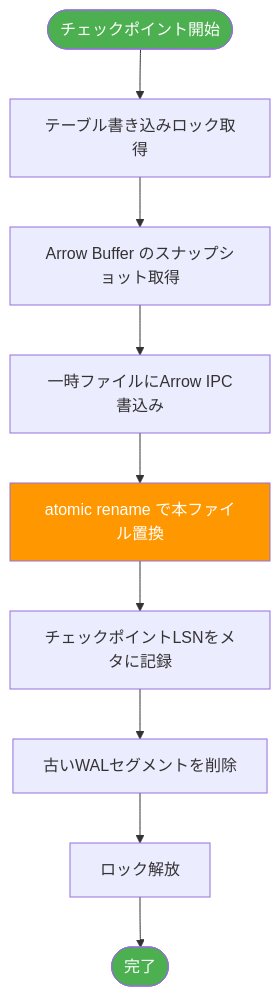
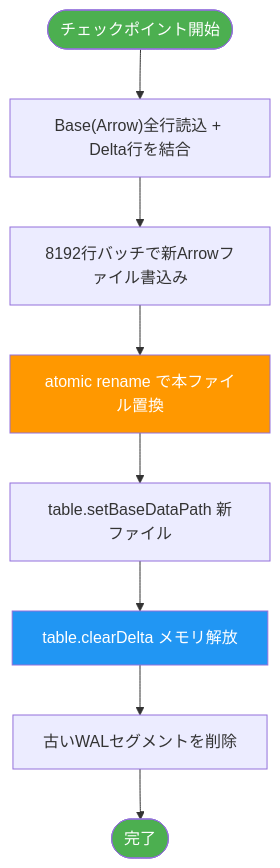
The seventh of 9 diagrams in docs/DESIGN.md (n-noguchi/example-rdb), drawn with Mermaid before and after one commit. The commit also changed other lines of this file and 13 other files, not shown here.

````diff
--- a/docs/DESIGN.md
+++ b/docs/DESIGN.md
@@ -231,15 +327,15 @@
 ```mermaid
 flowchart TD
-    Start([チェックポイント開始]) --> Lock[テーブル書き込みロック取得]
-    Lock --> Snapshot[Arrow Buffer のスナップショット取得]
-    Snapshot --> WriteTemp[一時ファイルにArrow IPC書込み]
-    WriteTemp --> Rename[atomic rename で本ファイル置換]
-    Rename --> WriteMeta[チェックポイントLSNをメタに記録]
-    WriteMeta --> RotateWAL[古いWALセグメントを削除]
-    RotateWAL --> Unlock[ロック解放]
-    Unlock --> Done([完了])
+    Start([チェックポイント開始]) --> Merge["Base(Arrow)全行読込 + Delta行を結合"]
+    Merge --> WriteBatch[8192行バッチで新Arrowファイル書込み]
+    WriteBatch --> Rename[atomic rename で本ファイル置換]
+    Rename --> SetBase[table.setBaseDataPath 新ファイル]
+    SetBase --> ClearDelta[table.clearDelta メモリ解放]
+    ClearDelta --> RotateWAL[古いWALセグメントを削除]
+    RotateWAL --> Done([完了])
 
     style Start fill:#4CAF50,color:#fff
     style Done fill:#4CAF50,color:#fff
     style Rename fill:#FF9800,color:#fff
+    style ClearDelta fill:#2196F3,color:#fff
 ```
````
